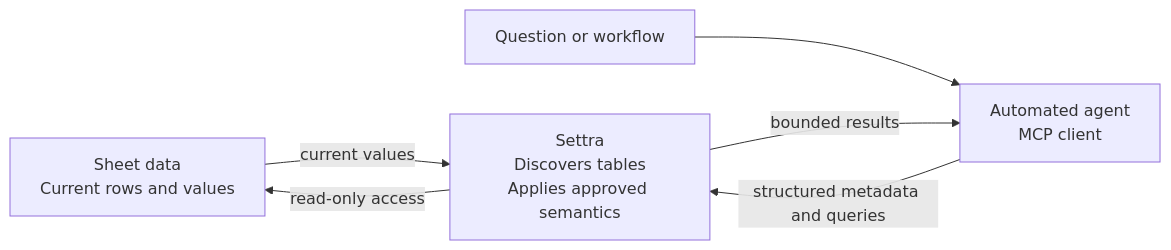
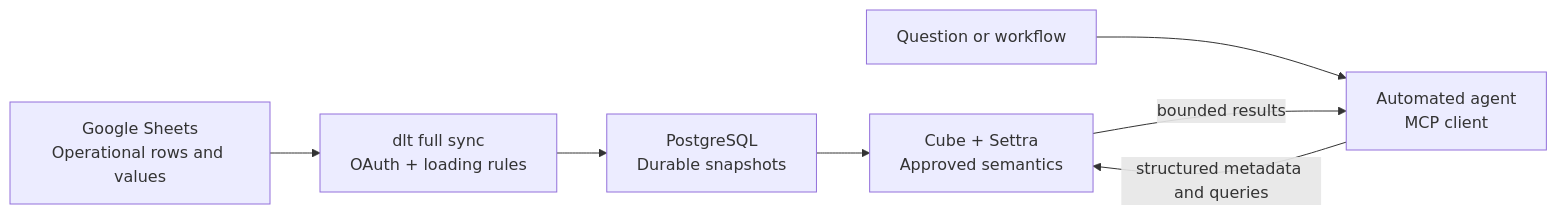
One commit to omhq/settra changed the diagram in README.md. Above: the diagram before and after it, drawn with Mermaid. The commit also changed other lines of this file and 94 other files, not shown here.

Commit message:
move to dedicated postgres snapshots

````diff
--- a/README.md
+++ b/README.md
@@ -30,13 +29,16 @@
 ```mermaid
 flowchart LR
-    sheet["Sheet data<br/>Current rows and values"]
-    settra["Settra<br/>Discovers tables<br/>Applies approved semantics"]
+    sheet["Google Sheets<br/>Operational rows and values"]
+    sync["dlt full sync<br/>OAuth + loading rules"]
+    postgres["PostgreSQL<br/>Durable snapshots"]
+    settra["Cube + Settra<br/>Approved semantics"]
     agent["Automated agent<br/>MCP client"]
     task["Question or workflow"]
 
     task --> agent
     agent -->|"structured metadata and queries"| settra
-    settra -->|"read-only access"| sheet
-    sheet -->|"current values"| settra
+    sheet --> sync
+    sync --> postgres
+    postgres --> settra
     settra -->|"bounded results"| agent
 ```
````
